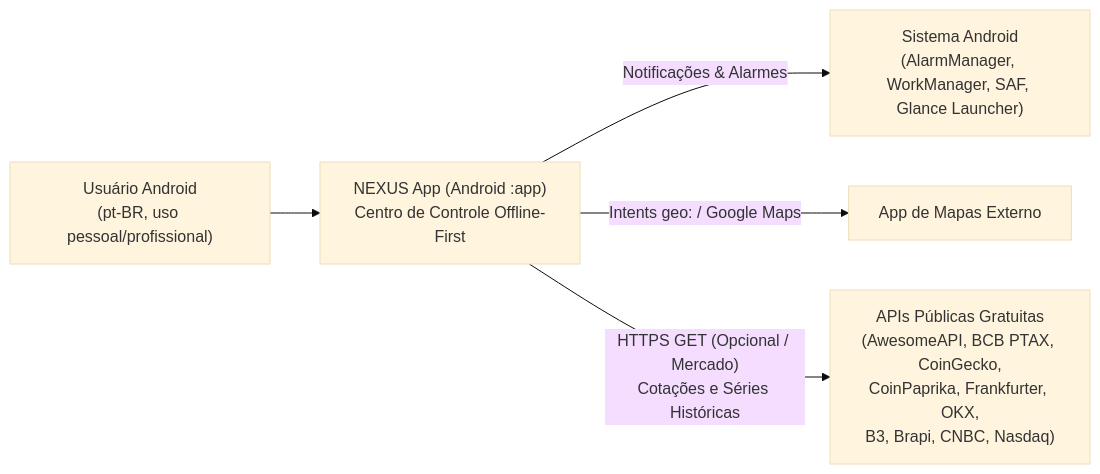
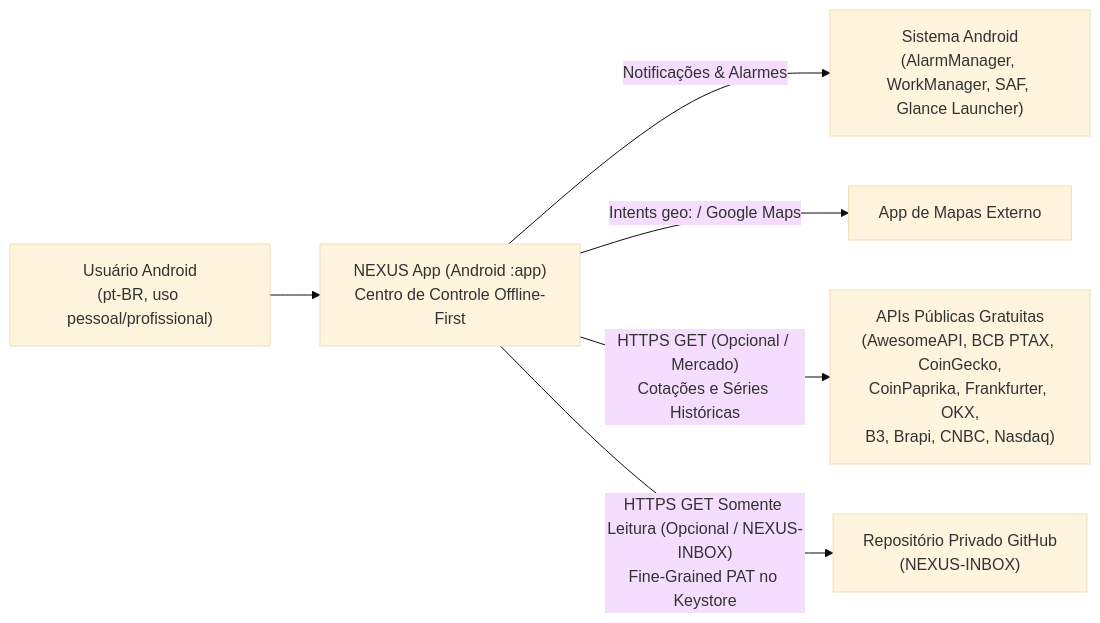
The first of 2 diagrams in docs/03_ARQUITETURA_ENGENHARIA.md (enzonunezmachado/PROJETO-NEXUS-), drawn with Mermaid (base theme) before and after one commit. The commit also changed other lines of this file and 25 other files, not shown here.

````diff
--- a/docs/03_ARQUITETURA_ENGENHARIA.md
+++ b/docs/03_ARQUITETURA_ENGENHARIA.md
@@ -26,7 +26,8 @@
 ```mermaid
 flowchart LR
     User["Usuário Android<br/>(pt-BR, uso pessoal/profissional)"] --> App["NEXUS App (Android :app)<br/>Centro de Controle Offline-First"]
     App -->|"Notificações & Alarmes"| AndroidOS["Sistema Android<br/>(AlarmManager, WorkManager, SAF, Glance Launcher)"]
     App -->|"Intents geo: / Google Maps"| MapsApp["App de Mapas Externo"]
     App -->|"HTTPS GET (Opcional / Mercado)<br/>Cotações e Séries Históricas"| MarketAPIs["APIs Públicas Gratuitas<br/>(AwesomeAPI, BCB PTAX, CoinGecko,<br/>CoinPaprika, Frankfurter, OKX,<br/>B3, Brapi, CNBC, Nasdaq)"]
+    App -->|"HTTPS GET Somente Leitura (Opcional / NEXUS-INBOX)<br/>Fine-Grained PAT no Keystore"| GitHubInbox["Repositório Privado GitHub<br/>(NEXUS-INBOX)"]
 ```
````
